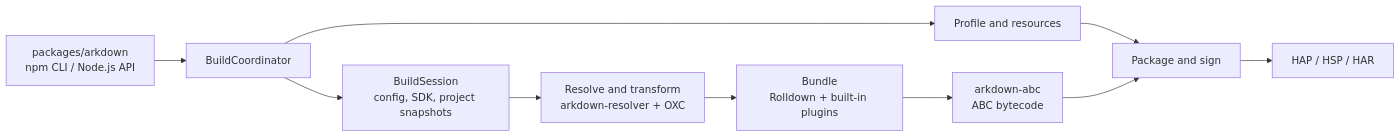
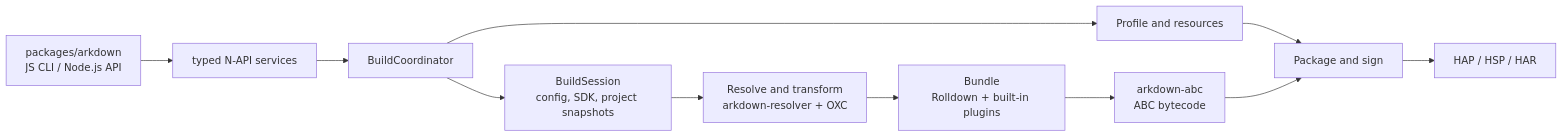
The diagram in README.md (richerfu/arkdown), drawn with Mermaid before and after one commit. The commit also changed other lines of this file and 95 other files, not shown here.

````diff
--- a/README.md
+++ b/README.md
@@ -9,12 +9,13 @@
 ```mermaid
 flowchart LR
-    A["packages/arkdown<br/>npm CLI / Node.js API"] --> B["BuildCoordinator"]
+    A["packages/arkdown<br/>JS CLI / Node.js API"] --> N["typed N-API services"]
+    N --> B["BuildCoordinator"]
     B --> C["BuildSession<br/>config, SDK, project snapshots"]
     C --> D["Resolve and transform<br/>arkdown-resolver + OXC"]
     D --> E["Bundle<br/>Rolldown + built-in plugins"]
     B --> F["Profile and resources"]
     E --> G["arkdown-abc<br/>ABC bytecode"]
     F --> H["Package and sign"]
     G --> H
     H --> I["HAP / HSP / HAR"]
 ```
````
